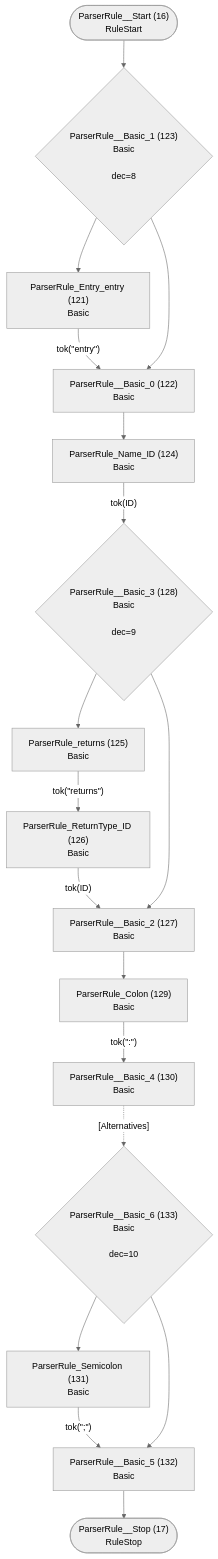
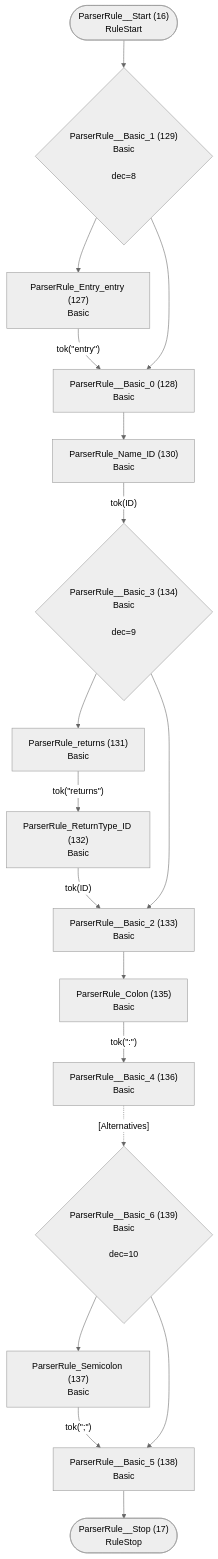
One commit to TypeFox/fastbelt changed the ninth of 28 diagrams in internal/grammar/atn.md. Above: the diagram before and after it, drawn with Mermaid (neutral theme). The commit also changed other lines of this file and 8 other files, not shown here.

````diff
--- a/internal/grammar/atn.md
+++ b/internal/grammar/atn.md
@@ -237,36 +242,36 @@
 ```mermaid
 flowchart TD
     q16(["ParserRule__Start (16)<br/>RuleStart"])
     q17(["ParserRule__Stop (17)<br/>RuleStop"])
-    q121["ParserRule_Entry_entry (121)<br/>Basic<br/>"]
-    q122["ParserRule__Basic_0 (122)<br/>Basic<br/>"]
-    q123{"ParserRule__Basic_1 (123)<br/>Basic<br/><br/>dec=8"}
-    q124["ParserRule_Name_ID (124)<br/>Basic<br/>"]
-    q125["ParserRule_returns (125)<br/>Basic<br/>"]
-    q126["ParserRule_ReturnType_ID (126)<br/>Basic<br/>"]
-    q127["ParserRule__Basic_2 (127)<br/>Basic<br/>"]
-    q128{"ParserRule__Basic_3 (128)<br/>Basic<br/><br/>dec=9"}
-    q129["ParserRule_Colon (129)<br/>Basic<br/>"]
-    q130["ParserRule__Basic_4 (130)<br/>Basic<br/>"]
-    q131["ParserRule_Semicolon (131)<br/>Basic<br/>"]
-    q132["ParserRule__Basic_5 (132)<br/>Basic<br/>"]
-    q133{"ParserRule__Basic_6 (133)<br/>Basic<br/><br/>dec=10"}
+    q127["ParserRule_Entry_entry (127)<br/>Basic<br/>"]
+    q128["ParserRule__Basic_0 (128)<br/>Basic<br/>"]
+    q129{"ParserRule__Basic_1 (129)<br/>Basic<br/><br/>dec=8"}
+    q130["ParserRule_Name_ID (130)<br/>Basic<br/>"]
+    q131["ParserRule_returns (131)<br/>Basic<br/>"]
+    q132["ParserRule_ReturnType_ID (132)<br/>Basic<br/>"]
+    q133["ParserRule__Basic_2 (133)<br/>Basic<br/>"]
+    q134{"ParserRule__Basic_3 (134)<br/>Basic<br/><br/>dec=9"}
+    q135["ParserRule_Colon (135)<br/>Basic<br/>"]
+    q136["ParserRule__Basic_4 (136)<br/>Basic<br/>"]
+    q137["ParserRule_Semicolon (137)<br/>Basic<br/>"]
+    q138["ParserRule__Basic_5 (138)<br/>Basic<br/>"]
+    q139{"ParserRule__Basic_6 (139)<br/>Basic<br/><br/>dec=10"}
 
-    q16 --> q123
-    q121 -->|"tok(&quot;entry&quot;)"| q122
-    q122 --> q124
-    q123 --> q121
-    q123 --> q122
-    q124 -->|"tok(ID)"| q128
-    q125 -->|"tok(&quot;returns&quot;)"| q126
-    q126 -->|"tok(ID)"| q127
-    q127 --> q129
-    q128 --> q125
-    q128 --> q127
-    q129 -->|"tok(&quot;:&quot;)"| q130
-    q130 -.->|"[Alternatives]"| q133
-    q131 -->|"tok(&quot;;&quot;)"| q132
-    q132 --> q17
-    q133 --> q131
-    q133 --> q132
+    q16 --> q129
+    q127 -->|"tok(&quot;entry&quot;)"| q128
+    q128 --> q130
+    q129 --> q127
+    q129 --> q128
+    q130 -->|"tok(ID)"| q134
+    q131 -->|"tok(&quot;returns&quot;)"| q132
+    q132 -->|"tok(ID)"| q133
+    q133 --> q135
+    q134 --> q131
+    q134 --> q133
+    q135 -->|"tok(&quot;:&quot;)"| q136
+    q136 -.->|"[Alternatives]"| q139
+    q137 -->|"tok(&quot;;&quot;)"| q138
+    q138 --> q17
+    q139 --> q137
+    q139 --> q138
 ```
````
